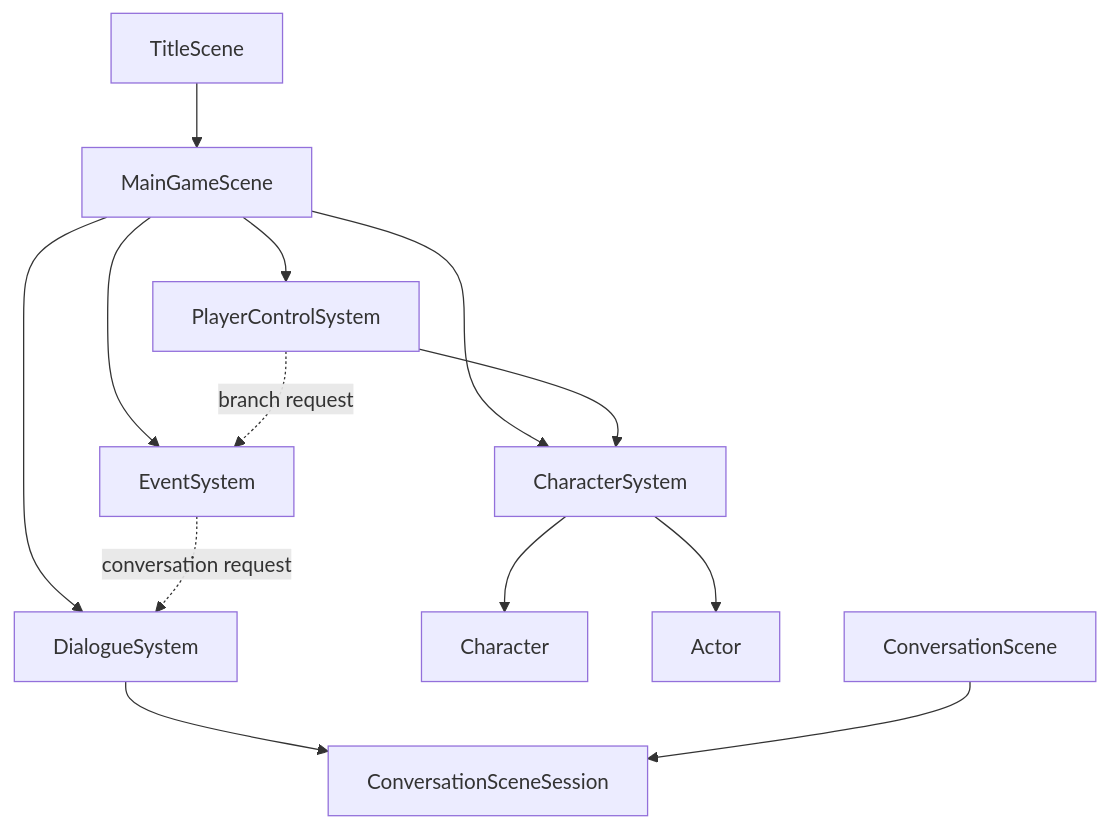
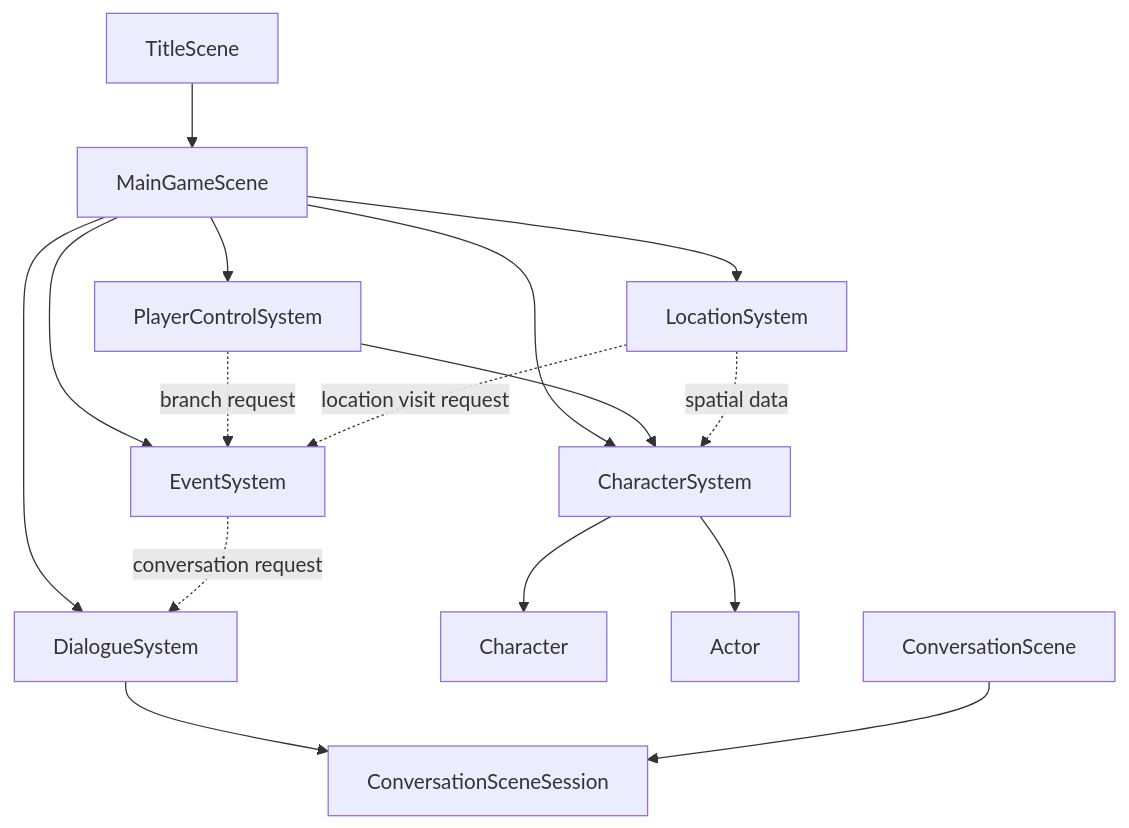
The diagram in docs/詳細設計/ドメイン/シーン/README.md (hachimitu22/negima-festival), drawn with Mermaid before and after one commit. The commit also changed other lines of this file and 12 other files, not shown here.

Commit message:
refactor: LocationSystem 化

````diff
--- a/docs/詳細設計/ドメイン/シーン/README.md
+++ b/docs/詳細設計/ドメイン/シーン/README.md
@@ -18,15 +19,18 @@
 ```mermaid
 flowchart TB
   TitleScene --> MainGameScene
   MainGameScene --> CharacterSystem
+  MainGameScene --> LocationSystem
   MainGameScene --> DialogueSystem
   MainGameScene --> PlayerControlSystem
   MainGameScene --> EventSystem
   PlayerControlSystem --> CharacterSystem
   PlayerControlSystem -. branch request .-> EventSystem
+  LocationSystem -. location visit request .-> EventSystem
+  LocationSystem -. spatial data .-> CharacterSystem
   EventSystem -. conversation request .-> DialogueSystem
   CharacterSystem --> Character
   CharacterSystem --> Actor
   DialogueSystem --> ConversationSceneSession
   ConversationScene --> ConversationSceneSession
 ```
````
